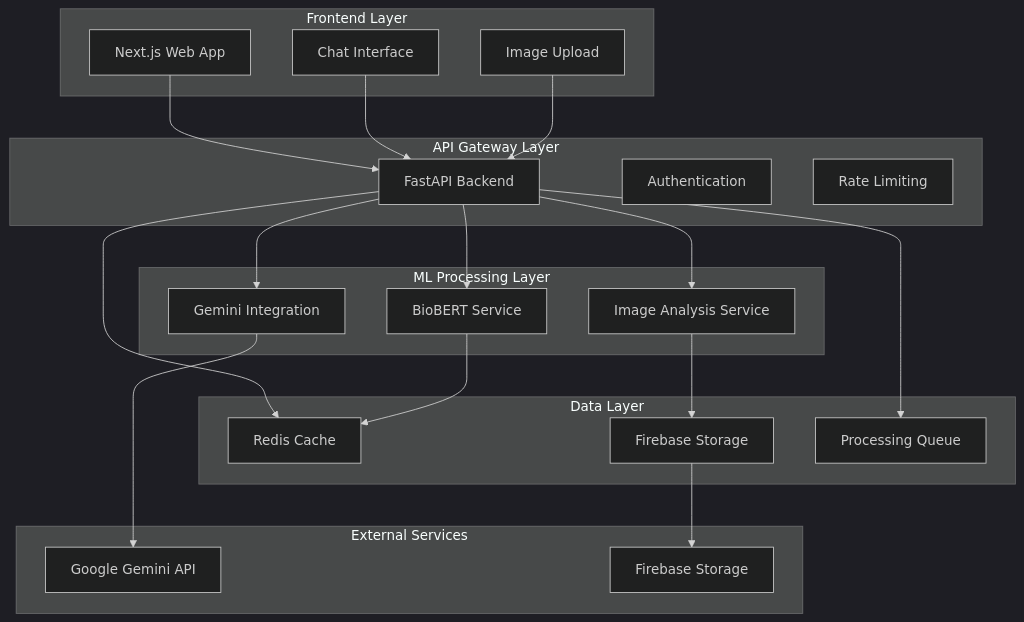
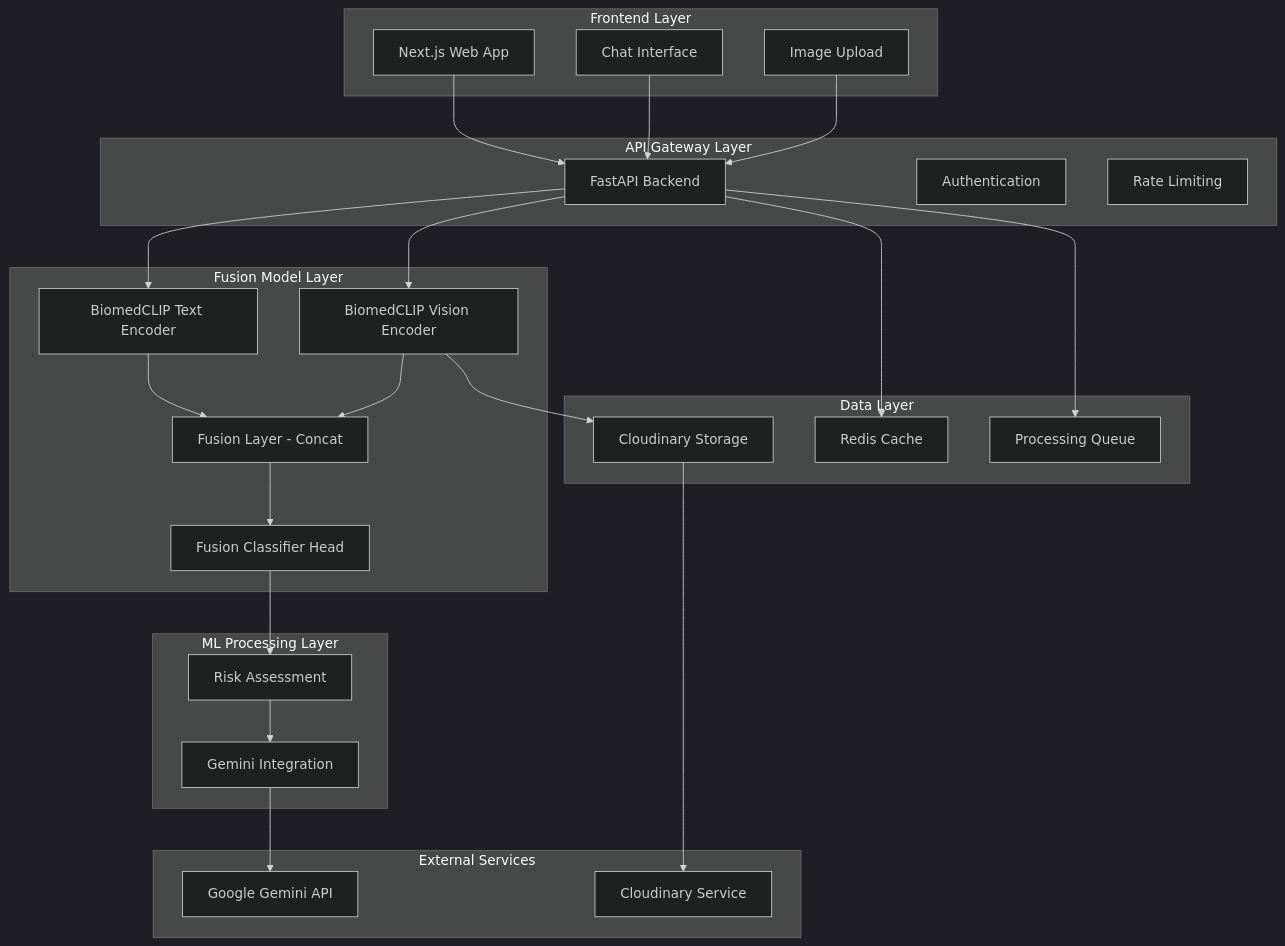
The first of 2 diagrams in .kiro/specs/biolens-symptom-checker/design.md (prathameshc-10/BioLens), drawn with Mermaid (dark theme) before and after one commit. The commit also changed other lines of this file and 2 other files, not shown here.

````diff
--- a/.kiro/specs/biolens-symptom-checker/design.md
+++ b/.kiro/specs/biolens-symptom-checker/design.md
@@ -20,46 +21,56 @@
 ```mermaid
 graph TB
     subgraph "Frontend Layer"
         UI[Next.js Web App]
         Chat[Chat Interface]
         Upload[Image Upload]
     end
     
     subgraph "API Gateway Layer"
         API[FastAPI Backend]
         Auth[Authentication]
         Rate[Rate Limiting]
     end
     
+    subgraph "Fusion Model Layer"
+        TextEnc[BiomedCLIP Text Encoder]
+        VisionEnc[BiomedCLIP Vision Encoder]
+        Fusion[Fusion Layer - Concat]
+        Classifier[Fusion Classifier Head]
+    end
+    
     subgraph "ML Processing Layer"
-        NLP[BioBERT Service]
-        CV[Image Analysis Service]
         LLM[Gemini Integration]
+        Risk[Risk Assessment]
     end
     
     subgraph "Data Layer"
         Cache[Redis Cache]
-        Storage[Firebase Storage]
+        Storage[Cloudinary Storage]
         Queue[Processing Queue]
     end
     
     subgraph "External Services"
         Gemini[Google Gemini API]
-        Firebase[Firebase Storage]
+        Cloudinary[Cloudinary Service]
     end
     
     UI --> API
     Chat --> API
     Upload --> API
     
-    API --> NLP
-    API --> CV
-    API --> LLM
+    API --> TextEnc
+    API --> VisionEnc
     API --> Cache
     API --> Queue
     
-    CV --> Storage
-    NLP --> Cache
+    TextEnc --> Fusion
+    VisionEnc --> Fusion
+    Fusion --> Classifier
+    Classifier --> Risk
+    Risk --> LLM
+    
     LLM --> Gemini
-    Storage --> Firebase
+    Storage --> Cloudinary
+    VisionEnc --> Storage
 ```
````
